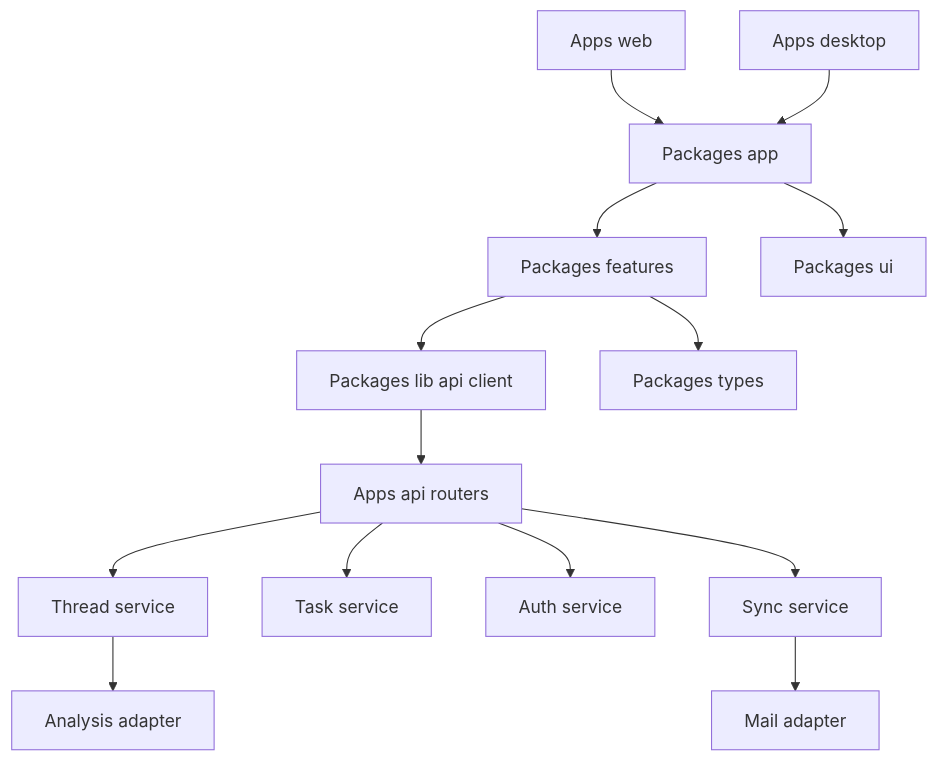
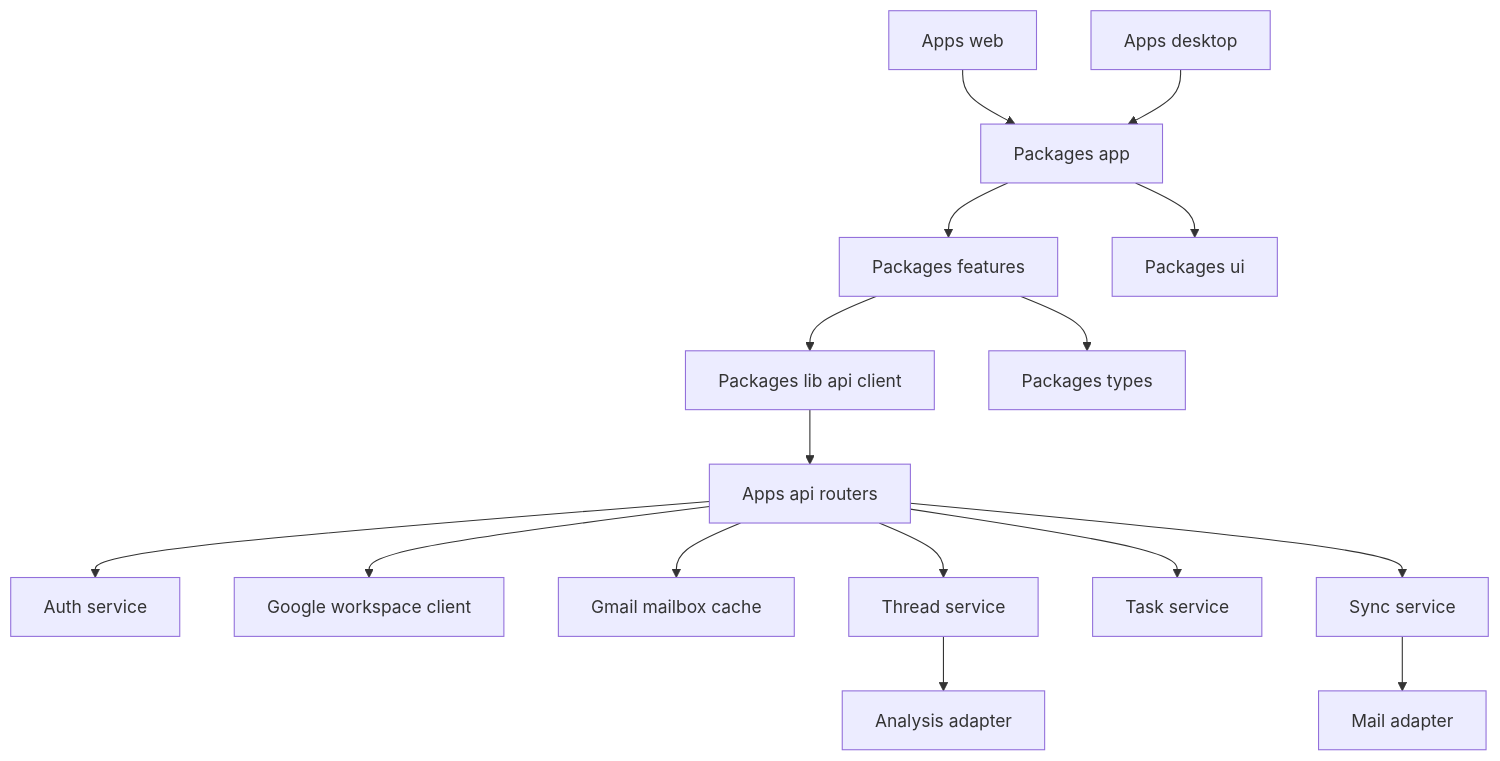
One commit to ruoliu2/InboxOS changed the diagram in docs/architecture/component-overview.md. Above: the diagram before and after it, drawn with Mermaid. The commit also changed other lines of this file and 4 other files, not shown here.

Commit message:
Document Google auth and summary-first Gmail loading

````diff
--- a/docs/architecture/component-overview.md
+++ b/docs/architecture/component-overview.md
@@ -7,16 +7,18 @@
 ```mermaid
 graph TD
 A1["Apps web"] --> B1["Packages app"]
 A2["Apps desktop"] --> B1
 B1 --> C1["Packages features"]
 B1 --> D1["Packages ui"]
 C1 --> E1["Packages lib api client"]
 C1 --> F1["Packages types"]
 E1 --> G1["Apps api routers"]
-G1 --> H1["Thread service"]
-G1 --> I1["Task service"]
-G1 --> J1["Auth service"]
-G1 --> K1["Sync service"]
-K1 --> L1["Mail adapter"]
-H1 --> M1["Analysis adapter"]
+G1 --> H1["Auth service"]
+G1 --> I1["Google workspace client"]
+G1 --> J1["Gmail mailbox cache"]
+G1 --> K1["Thread service"]
+G1 --> L1["Task service"]
+G1 --> M1["Sync service"]
+K1 --> N1["Analysis adapter"]
+M1 --> O1["Mail adapter"]
 ```
````
